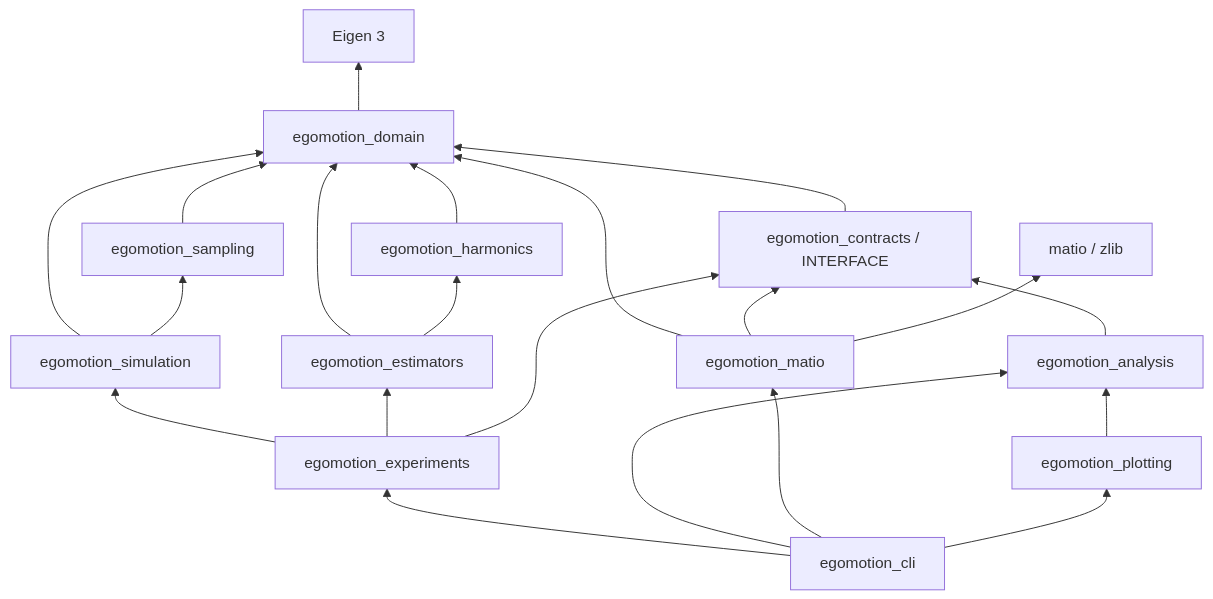
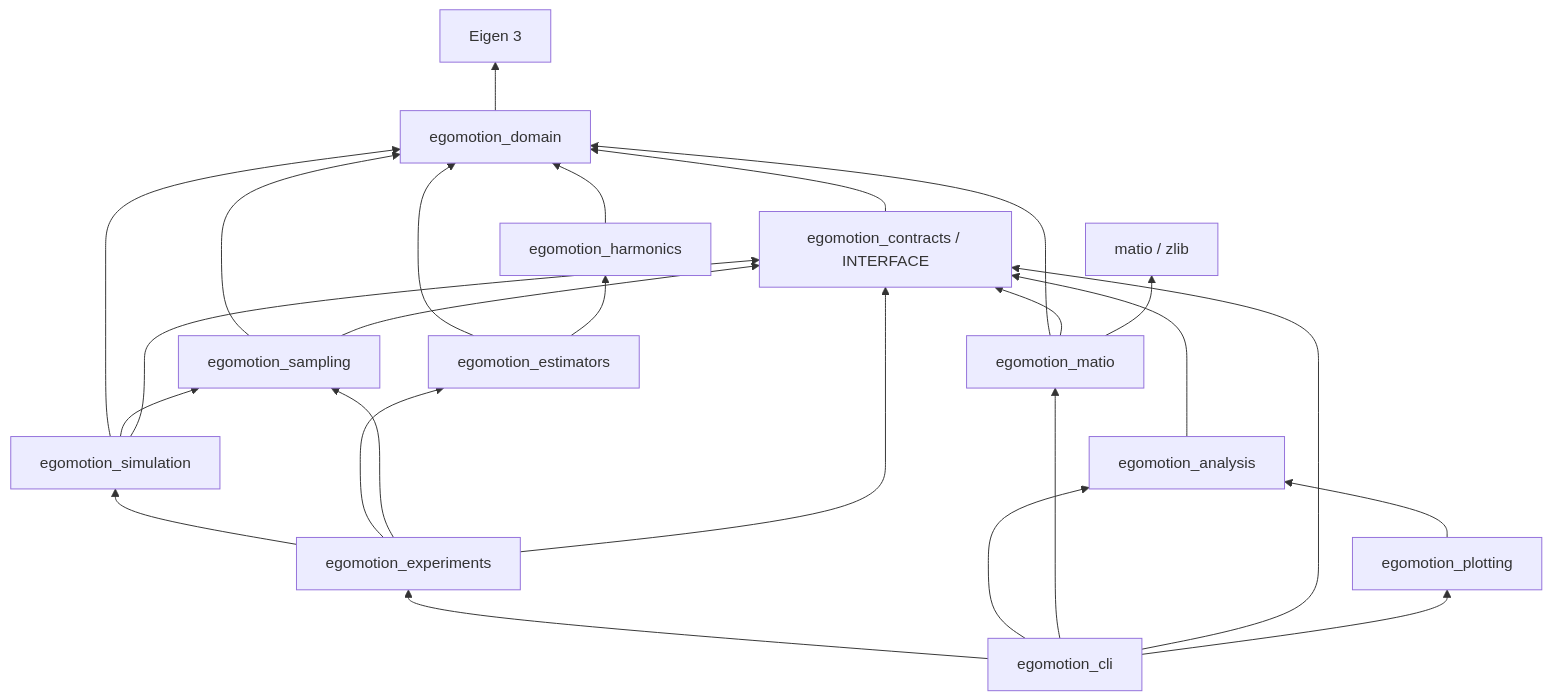
The third of 5 diagrams in docs/ARCHITECTURE.md (ncut-d1z/Egomotion-Estimation-with-Dense-Flow-Fields), drawn with Mermaid before and after one commit. The commit also changed other lines of this file, not shown here.

Commit message:
docs(hld): align proposed target DAG with direct contracts dependencies

```diff
--- a/docs/ARCHITECTURE.md
+++ b/docs/ARCHITECTURE.md
@@ -121,23 +121,27 @@
 ~~~mermaid
 flowchart BT
   D[egomotion_domain] --> E[Eigen 3]
   K[egomotion_contracts / INTERFACE] --> D
   S[egomotion_sampling] --> D
+  S --> K
   H[egomotion_harmonics] --> D
   V[egomotion_simulation] --> D
   V --> S
+  V --> K
   A[egomotion_estimators] --> D
   A --> H
   I[egomotion_matio] --> D
   I --> K
   I --> M[matio / zlib]
   X[egomotion_experiments] --> V
   X --> A
+  X --> S
   X --> K
   N[egomotion_analysis] --> K
   P[egomotion_plotting] --> N
   C[egomotion_cli] --> X
   C --> N
   C --> I
+  C --> K
   C --> P
 ~~~
```
